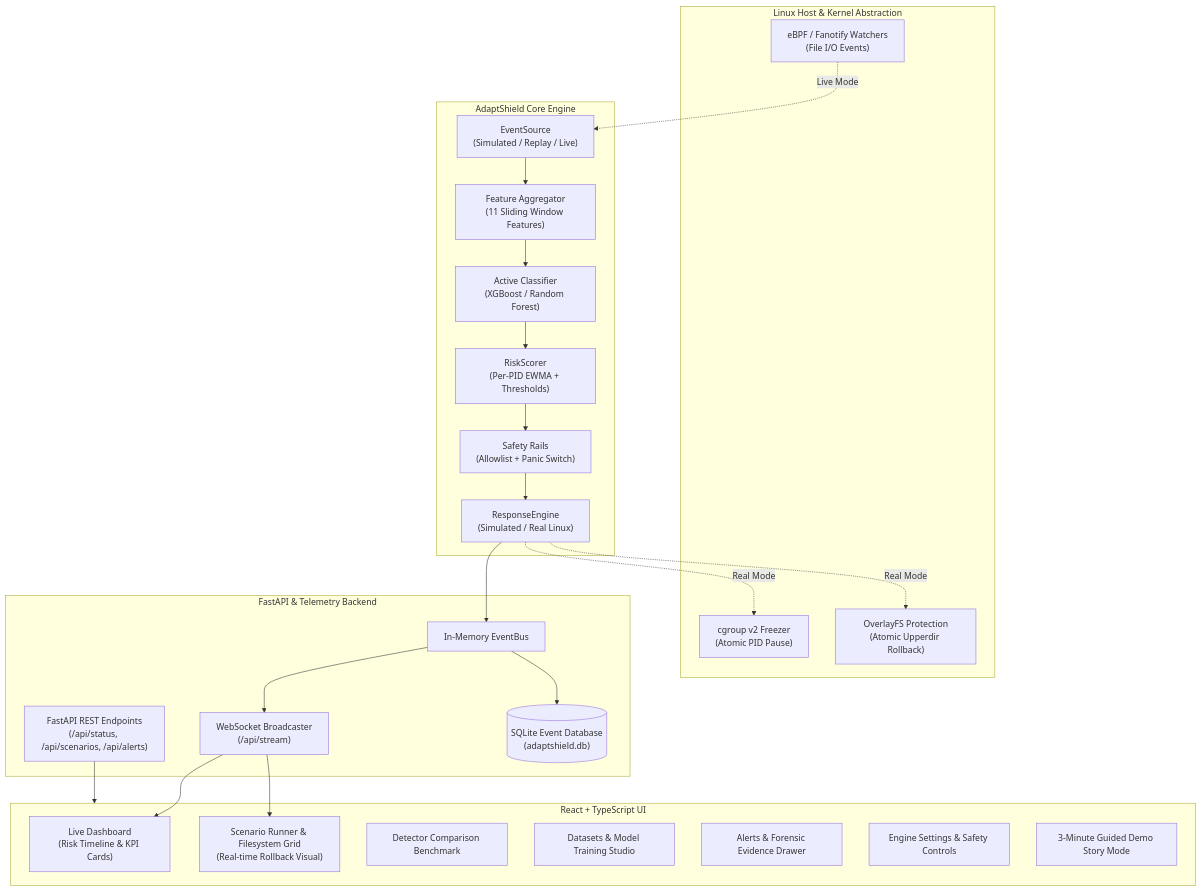
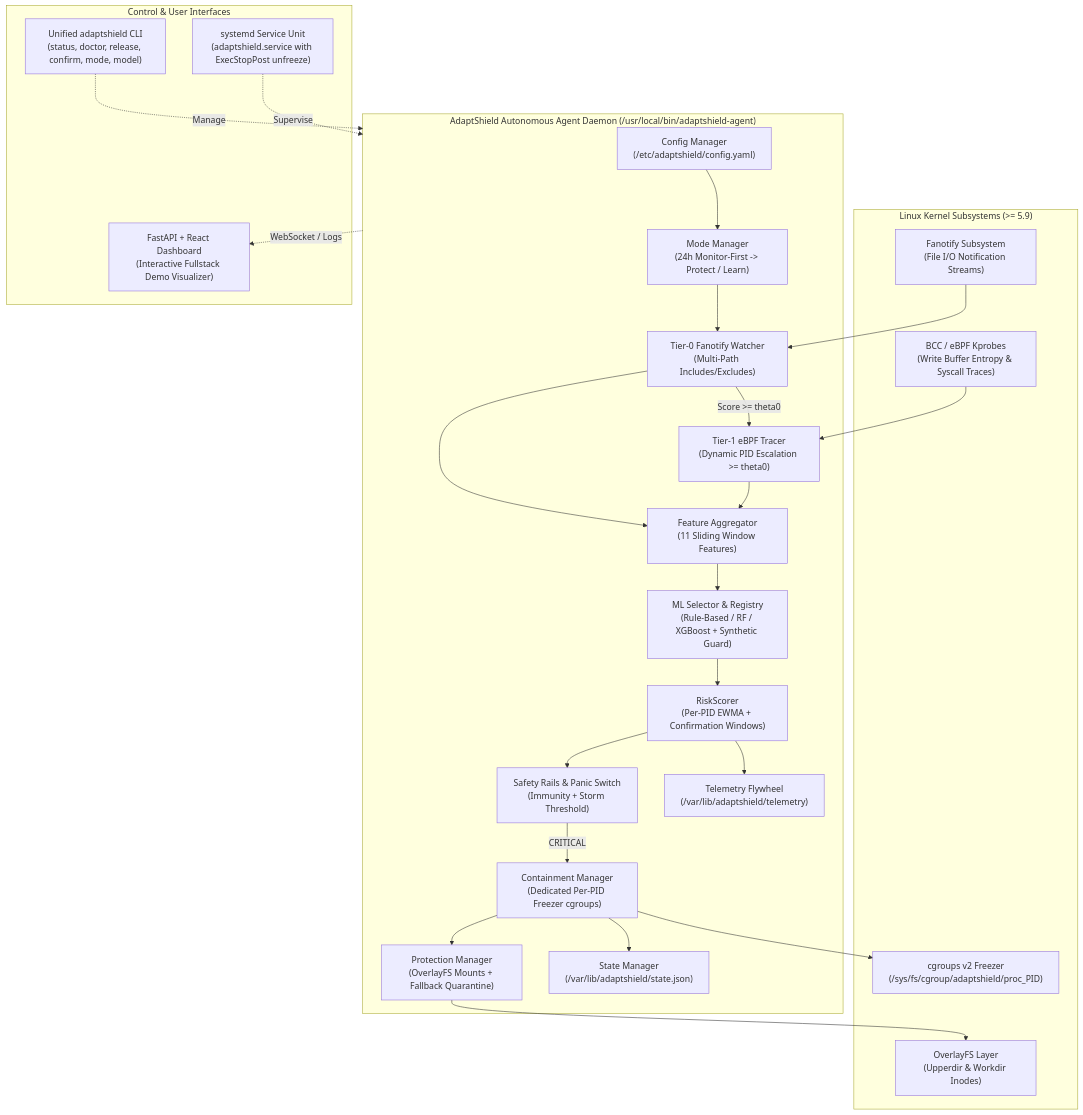
Before and after one commit to saam-07/RansomRadar: the diagram in docs/architecture.md, drawn with Mermaid. The commit also changed other lines of this file and 64 other files, not shown here.

Commit message:
feat(release): comprehensive agent documentation, CI workflows, acceptance audit, and v0.2.0 test suite

````diff
--- a/docs/architecture.md
+++ b/docs/architecture.md
@@ -3,51 +7,51 @@
 ```mermaid
 flowchart TD
-    subgraph Host["Linux Host & Kernel Abstraction"]
-        eBPF["eBPF / Fanotify Watchers<br/>(File I/O Events)"]
-        cgroups["cgroup v2 Freezer<br/>(Atomic PID Pause)"]
-        overlay["OverlayFS Protection<br/>(Atomic Upperdir Rollback)"]
+    subgraph Kernel["Linux Kernel Subsystems (>= 5.9)"]
+        fanotify["Fanotify Subsystem<br/>(File I/O Notification Streams)"]
+        bpf["BCC / eBPF Kprobes<br/>(Write Buffer Entropy & Syscall Traces)"]
+        cgroups["cgroups v2 Freezer<br/>(/sys/fs/cgroup/adaptshield/proc_PID)"]
+        overlayfs["OverlayFS Layer<br/>(Upperdir & Workdir Inodes)"]
     end
 
-    subgraph Core["AdaptShield Core Engine"]
-        Source["EventSource<br/>(Simulated / Replay / Live)"]
-        Agg["Feature Aggregator<br/>(11 Sliding Window Features)"]
-        Classifier["Active Classifier<br/>(XGBoost / Random Forest)"]
-        Scorer["RiskScorer<br/>(Per-PID EWMA + Thresholds)"]
-        Safety["Safety Rails<br/>(Allowlist + Panic Switch)"]
-        Engine["ResponseEngine<br/>(Simulated / Real Linux)"]
+    subgraph Agent["AdaptShield Autonomous Agent Daemon (/usr/local/bin/adaptshield-agent)"]
+        Config["Config Manager<br/>(/etc/adaptshield/config.yaml)"]
+        ModeMgr["Mode Manager<br/>(24h Monitor-First -> Protect / Learn)"]
+        Tier0["Tier-0 Fanotify Watcher<br/>(Multi-Path Includes/Excludes)"]
+        Tier1["Tier-1 eBPF Tracer<br/>(Dynamic PID Escalation >= theta0)"]
+        Aggregator["Feature Aggregator<br/>(11 Sliding Window Features)"]
+        ClassifierSel["ML Selector & Registry<br/>(Rule-Based / RF / XGBoost + Synthetic Guard)"]
+        RiskEngine["RiskScorer<br/>(Per-PID EWMA + Confirmation Windows)"]
+        SafetyEngine["Safety Rails & Panic Switch<br/>(Immunity + Storm Threshold)"]
+        ProtectionMgr["Protection Manager<br/>(OverlayFS Mounts + Fallback Quarantine)"]
+        ContainmentMgr["Containment Manager<br/>(Dedicated Per-PID Freezer cgroups)"]
+        StateRecovery["State Manager<br/>(/var/lib/adaptshield/state.json)"]
+        Telemetry["Telemetry Flywheel<br/>(/var/lib/adaptshield/telemetry)"]
     end
 
-    subgraph API["FastAPI & Telemetry Backend"]
-        FastAPI["FastAPI REST Endpoints<br/>(/api/status, /api/scenarios, /api/alerts)"]
-        Bus["In-Memory EventBus"]
-        Broadcaster["WebSocket Broadcaster<br/>(/api/stream)"]
-        DB[("SQLite Event Database<br/>(adaptshield.db)")]
+    subgraph Management["Control & User Interfaces"]
+        CLI["Unified adaptshield CLI<br/>(status, doctor, release, confirm, mode, model)"]
+        systemd["systemd Service Unit<br/>(adaptshield.service with ExecStopPost unfreeze)"]
+        WebDemo["FastAPI + React Dashboard<br/>(Interactive Fullstack Demo Visualizer)"]
     end
 
-    subgraph UI["React + TypeScript UI"]
-        Dashboard["Live Dashboard<br/>(Risk Timeline & KPI Cards)"]
-        Runner["Scenario Runner & Filesystem Grid<br/>(Real-time Rollback Visual)"]
-        Compare["Detector Comparison Benchmark"]
-        MLStudio["Datasets & Model Training Studio"]
-        Forensics["Alerts & Forensic Evidence Drawer"]
-        Settings["Engine Settings & Safety Controls"]
-        Demo["3-Minute Guided Demo Story Mode"]
-    end
+    Config --> ModeMgr
+    ModeMgr --> Tier0
+    fanotify --> Tier0
+    Tier0 -->|Score >= theta0| Tier1
+    bpf --> Tier1
+    Tier0 --> Aggregator
+    Tier1 --> Aggregator
+    Aggregator --> ClassifierSel
+    ClassifierSel --> RiskEngine
+    RiskEngine --> SafetyEngine
+    SafetyEngine -->|CRITICAL| ContainmentMgr
+    ContainmentMgr --> cgroups
+    ContainmentMgr --> ProtectionMgr
+    ProtectionMgr --> overlayfs
+    ContainmentMgr --> StateRecovery
+    RiskEngine --> Telemetry
 
-    Source --> Agg
-    Agg --> Classifier
-    Classifier --> Scorer
-    Scorer --> Safety
-    Safety --> Engine
-    Engine --> Bus
-
-    Engine -.->|Real Mode| cgroups
-    Engine -.->|Real Mode| overlay
-    eBPF -.->|Live Mode| Source
-
-    Bus --> Broadcaster
-    Bus --> DB
-    Broadcaster --> Dashboard
-    Broadcaster --> Runner
-    FastAPI --> UI
+    CLI -.->|Manage| Agent
+    systemd -.->|Supervise| Agent
+    Agent -.->|WebSocket / Logs| WebDemo
 ```
````
